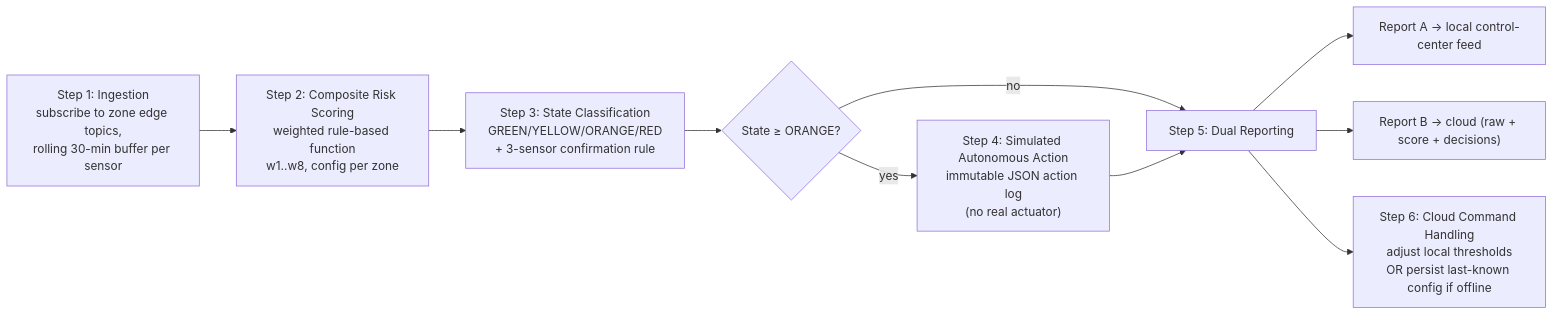
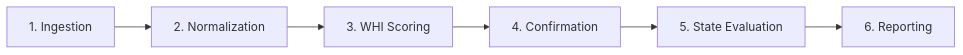
Before and after one commit to Gowshick-sapien/IGNIS: the second of 5 diagrams in docs/architecture.md, drawn with Mermaid. The commit also changed other lines of this file and 8 other files, not shown here.

````diff
--- a/docs/architecture.md
+++ b/docs/architecture.md
@@ -187,12 +158,8 @@
 ```mermaid
 flowchart LR
-    A["Step 1: Ingestion<br/>subscribe to zone edge topics,<br/>rolling 30-min buffer per sensor"] --> B["Step 2: Composite Risk Scoring<br/>weighted rule-based function<br/>w1..w8, config per zone"]
-    B --> C["Step 3: State Classification<br/>GREEN/YELLOW/ORANGE/RED<br/>+ 3-sensor confirmation rule"]
-    C --> D{"State ≥ ORANGE?"}
-    D -->|yes| E["Step 4: Simulated Autonomous Action<br/>immutable JSON action log<br/>(no real actuator)"]
-    D -->|no| F["Step 5: Dual Reporting"]
-    E --> F
-    F --> G["Report A → local control-center feed"]
-    F --> H["Report B → cloud (raw + score + decisions)"]
-    F --> I["Step 6: Cloud Command Handling<br/>adjust local thresholds<br/>OR persist last-known config if offline"]
+    A["1. Ingestion"] --> B["2. Normalization"]
+    B --> C["3. WHI Scoring"]
+    C --> D["4. Confirmation"]
+    D --> E["5. State Evaluation"]
+    E --> F["6. Reporting"]
 ```
````
